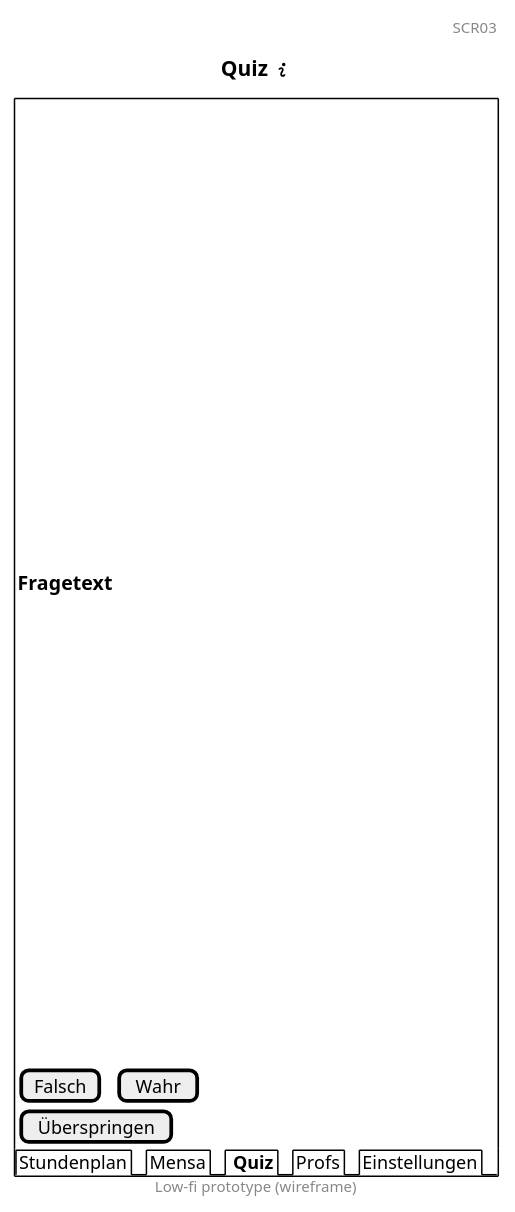
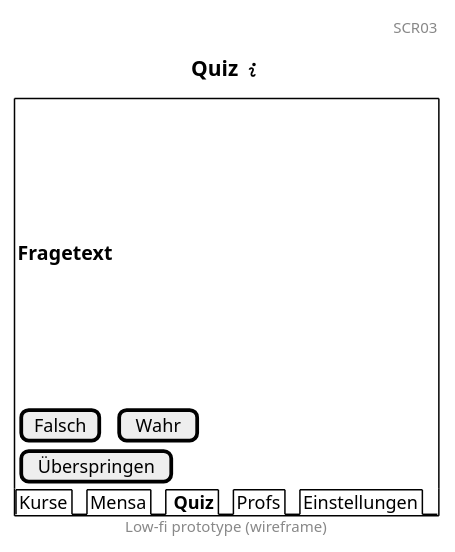
The diagram in scr3.pu (RobinNunkesser/plantuml), drawn with PlantUML before and after one commit. The commit also changed 5 other files, not shown here.

```diff
--- a/scr3.pu
+++ b/scr3.pu
@@ -1,48 +1,24 @@
 @startsalt
 title Quiz <&info>
 header SCR03
 footer Low-fi prototype (wireframe)
 {+
 {
     .
     .
     .
     .
     .
-    .
-    .
-    .
-    .
-    .
-    .
-    .
-    .
-    .
-    .
-    .
-    .
     === Fragetext
-    .
-    .
-    .
-    .
-    .
-    .
-    .
-    .
-    .
-    .
-    .
-    .
     .
     .
     .
     .
     .
     [Falsch] | [ Wahr ]
     [Überspringen] | *
 }
-{/ Stundenplan | Mensa | <b> Quiz | Profs | Einstellungen }
+{/ Kurse | Mensa | <b> Quiz | Profs | Einstellungen }
 }
 
 @endsalt
```
